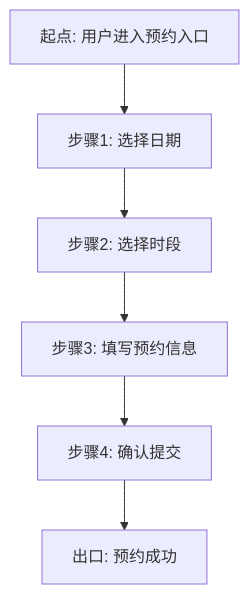
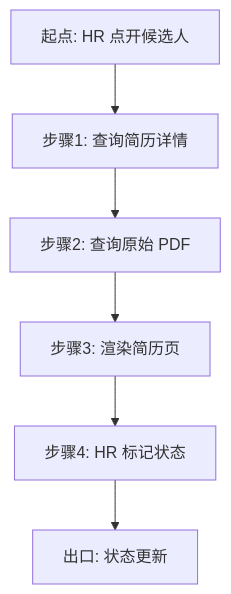
One commit to konwait12/pm-scaffold changed the sixth of 10 diagrams in test/skills/functional-flow/fixtures/functional-flow-confirmed.md. Above: the diagram before and after it, drawn with Mermaid. The commit also changed other lines of this file and 10 other files, not shown here.

````diff
--- a/test/skills/functional-flow/fixtures/functional-flow-confirmed.md
+++ b/test/skills/functional-flow/fixtures/functional-flow-confirmed.md
@@ -7,8 +151,8 @@
 ```mermaid
 graph TD
-    A[起点: 用户进入预约入口] --> B[步骤1: 选择日期]
-    B --> C[步骤2: 选择时段]
-    C --> D[步骤3: 填写预约信息]
-    D --> E[步骤4: 确认提交]
-    E --> F[出口: 预约成功]
+    A[起点: HR 点开候选人] --> B[步骤1: 查询简历详情]
+    B --> C[步骤2: 查询原始 PDF]
+    C --> D[步骤3: 渲染简历页]
+    D --> E[步骤4: HR 标记状态]
+    E --> F[出口: 状态更新]
 ```
````
